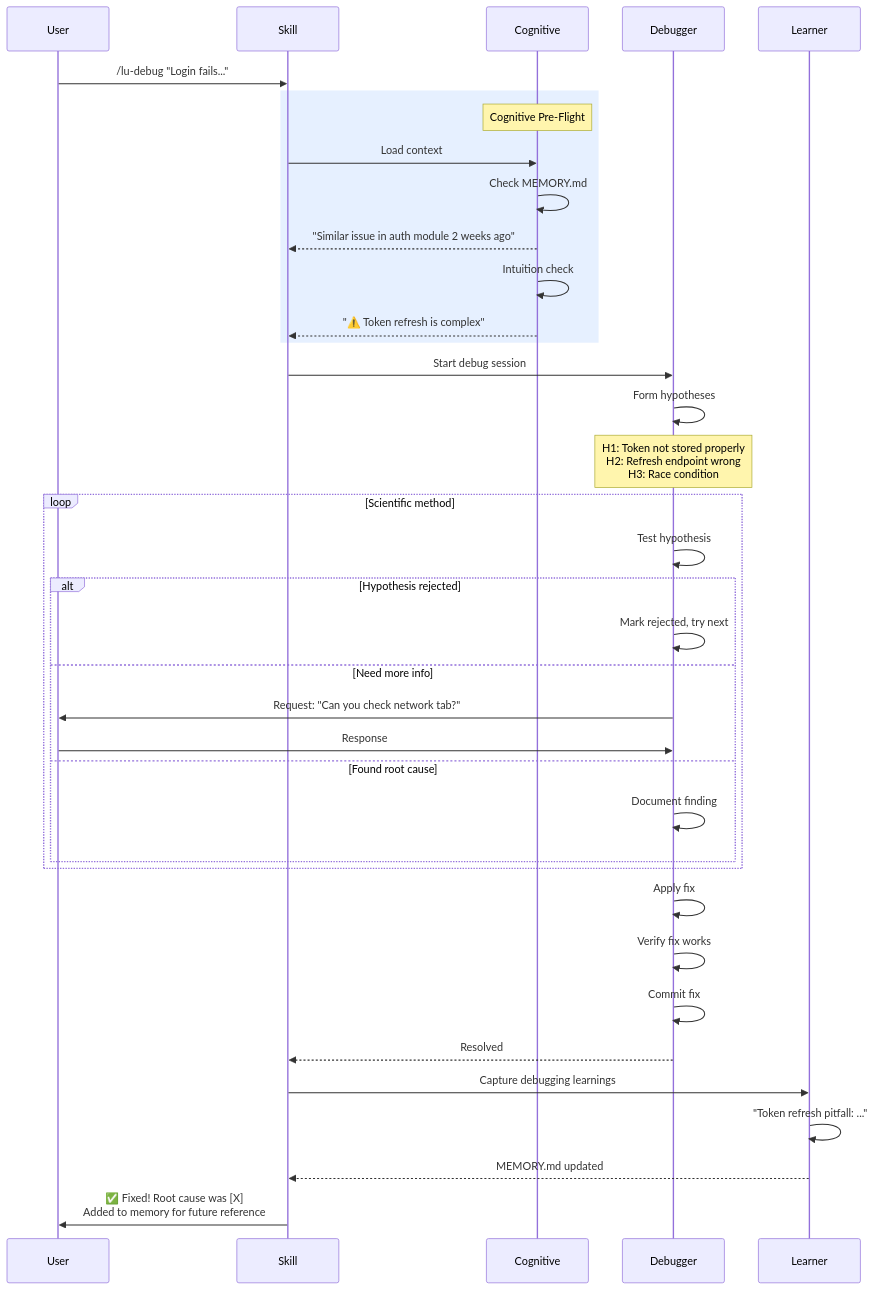
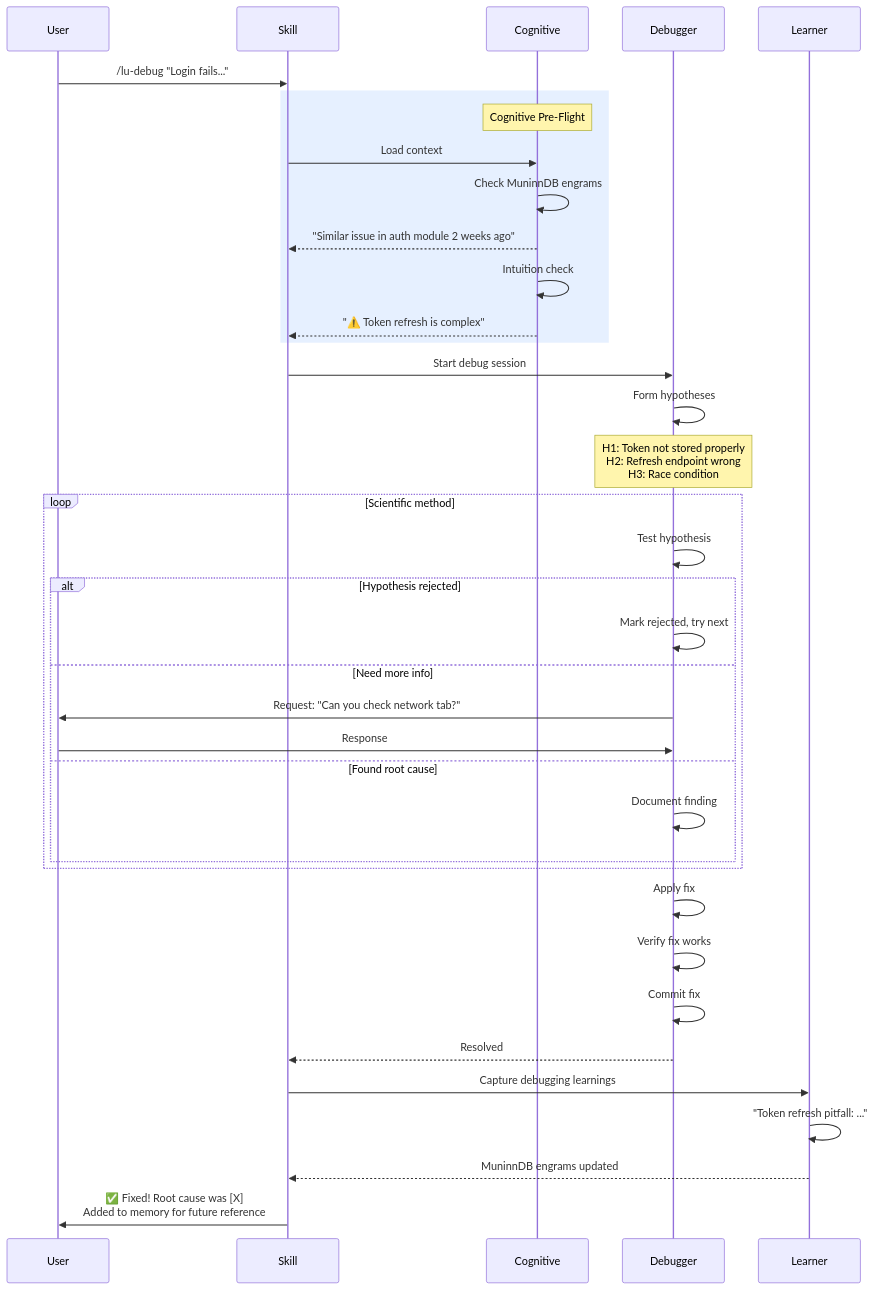
The ninth of 12 diagrams in docs/agent-framework/luca/end-to-end-workflow.md (asibilia/luca-framework), drawn with Mermaid before and after one commit. The commit also changed other lines of this file and 820 other files, not shown here.

````diff
--- a/docs/agent-framework/luca/end-to-end-workflow.md
+++ b/docs/agent-framework/luca/end-to-end-workflow.md
@@ -485,44 +485,44 @@
 ```mermaid
 sequenceDiagram
     participant U as User
     participant S as Skill
     participant C as Cognitive
     participant D as Debugger
     participant L as Learner
 
     U->>S: /lu-debug "Login fails..."
     rect rgb(230, 240, 255)
         Note over C: Cognitive Pre-Flight
         S->>C: Load context
-        C->>C: Check MEMORY.md
+        C->>C: Check MuninnDB engrams
         C-->>S: "Similar issue in auth module 2 weeks ago"
         C->>C: Intuition check
         C-->>S: "⚠️ Token refresh is complex"
     end
 
     S->>D: Start debug session
     D->>D: Form hypotheses
     Note over D: H1: Token not stored properly<br/>H2: Refresh endpoint wrong<br/>H3: Race condition
 
     loop Scientific method
         D->>D: Test hypothesis
         alt Hypothesis rejected
             D->>D: Mark rejected, try next
         else Need more info
             D->>U: Request: "Can you check network tab?"
             U->>D: Response
         else Found root cause
             D->>D: Document finding
         end
     end
     D->>D: Apply fix
     D->>D: Verify fix works
     D->>D: Commit fix
     D-->>S: Resolved
 
     S->>L: Capture debugging learnings
     L->>L: "Token refresh pitfall: ..."
-    L-->>S: MEMORY.md updated
+    L-->>S: MuninnDB engrams updated
 
     S->>U: ✅ Fixed! Root cause was [X]<br/>Added to memory for future reference
 ```
````
